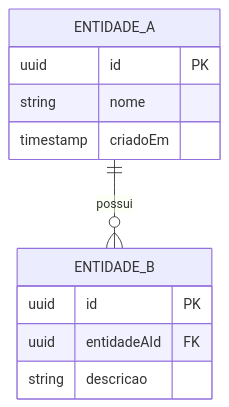
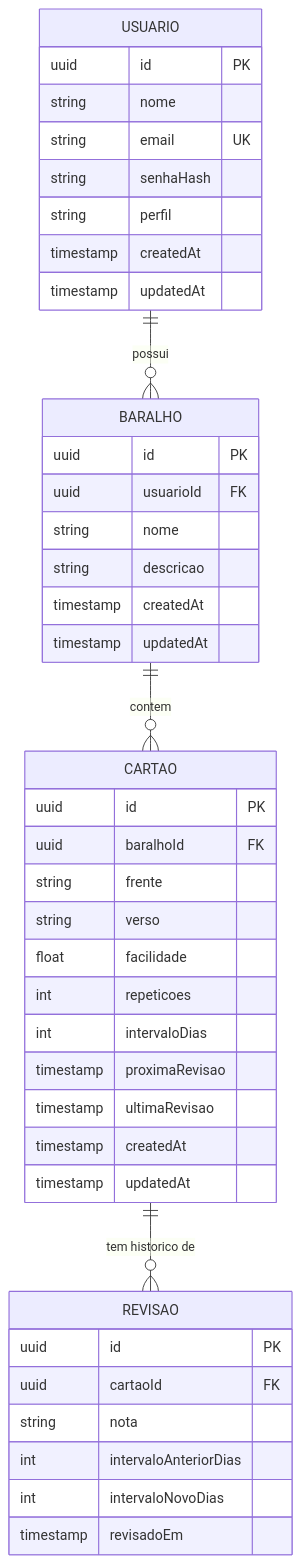
One commit to eu-breno/trabalho-final-dev-web-mobile changed the first of 2 diagrams in docs/prd.md. Above: the diagram before and after it, drawn with Mermaid. The commit also changed other lines of this file and 1 other file, not shown here.

````diff
--- a/docs/prd.md
+++ b/docs/prd.md
@@ -141,14 +174,44 @@
 ```mermaid
 erDiagram
-  ENTIDADE_A {
+  USUARIO {
     uuid id PK
     string nome
-    timestamp criadoEm
+    string email UK
+    string senhaHash
+    string perfil
+    timestamp createdAt
+    timestamp updatedAt
   }
-  ENTIDADE_B {
+  BARALHO {
     uuid id PK
-    uuid entidadeAId FK
+    uuid usuarioId FK
+    string nome
     string descricao
+    timestamp createdAt
+    timestamp updatedAt
   }
-  ENTIDADE_A ||--o{ ENTIDADE_B : "possui"
+  CARTAO {
+    uuid id PK
+    uuid baralhoId FK
+    string frente
+    string verso
+    float facilidade
+    int repeticoes
+    int intervaloDias
+    timestamp proximaRevisao
+    timestamp ultimaRevisao
+    timestamp createdAt
+    timestamp updatedAt
+  }
+  REVISAO {
+    uuid id PK
+    uuid cartaoId FK
+    string nota
+    int intervaloAnteriorDias
+    int intervaloNovoDias
+    timestamp revisadoEm
+  }
+  USUARIO ||--o{ BARALHO : "possui"
+  BARALHO ||--o{ CARTAO : "contem"
+  CARTAO ||--o{ REVISAO : "tem historico de"
 ```
````
